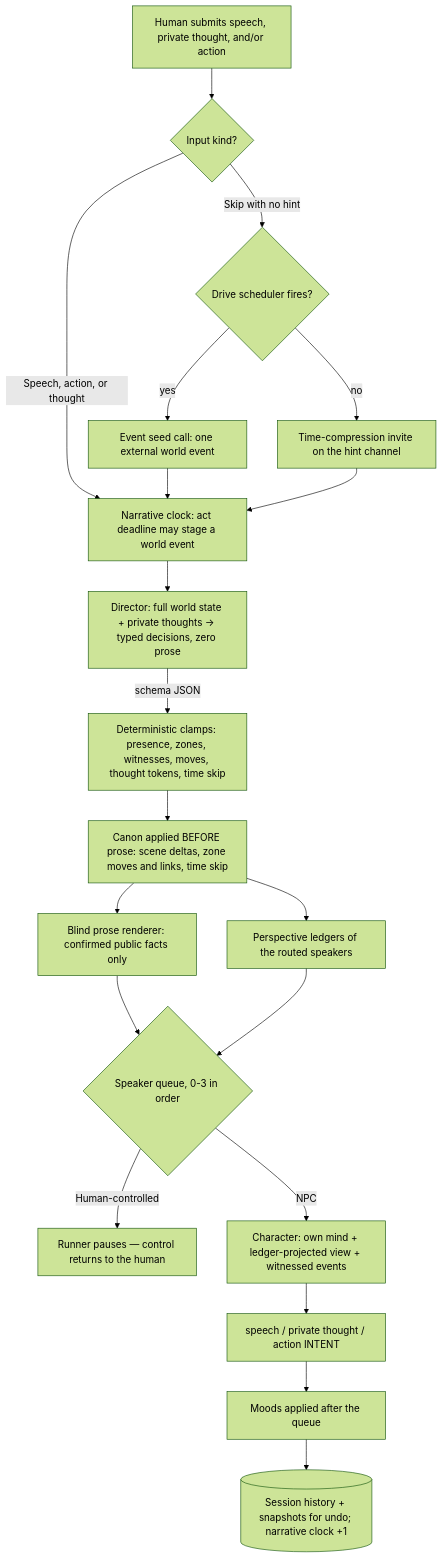
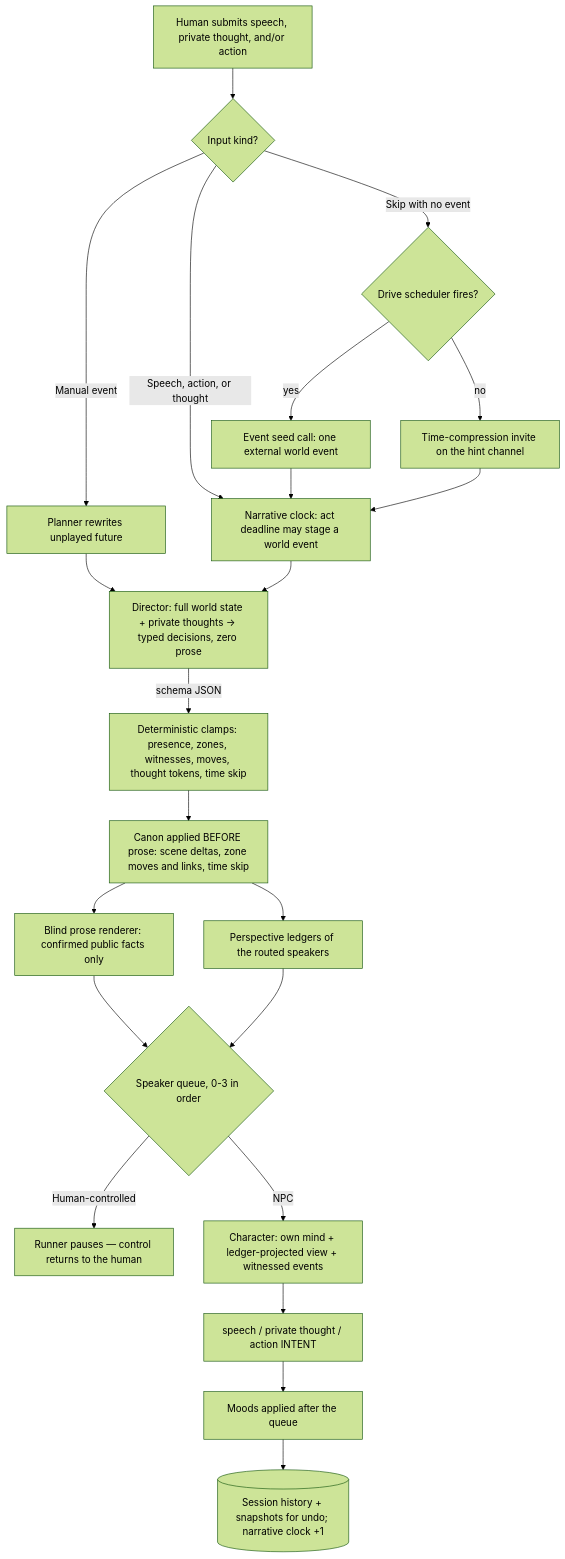
The diagram in README.md (al4xdev/alex-tavern), drawn with Mermaid (forest theme) before and after one commit. The commit also changed other lines of this file and 66 other files, not shown here.

````diff
--- a/README.md
+++ b/README.md
@@ -284,22 +284,24 @@
 ```mermaid
 graph TD
     A[Human submits speech, private thought, and/or action] --> B{Input kind?}
-    B -->|Skip with no hint| DS{Drive scheduler fires?}
+    B -->|Manual event| RP[Planner rewrites unplayed future]
+    RP --> C
+    B -->|Skip with no event| DS{Drive scheduler fires?}
     DS -->|yes| DE[Event seed call: one external world event]
     DS -->|no| TS[Time-compression invite on the hint channel]
     B -->|Speech, action, or thought| CK
     DE --> CK
     TS --> CK
     CK[Narrative clock: act deadline may stage a world event] --> C[Director: full world state + private thoughts -> typed decisions, zero prose]
     C -->|"schema JSON"| V[Deterministic clamps: presence, zones, witnesses, moves, thought tokens, time skip]
     V --> CN[Canon applied BEFORE prose: scene deltas, zone moves and links, time skip]
     CN --> R[Blind prose renderer: confirmed public facts only]
     CN --> L[Perspective ledgers of the routed speakers]
     R --> Q
     L --> Q{Speaker queue, 0-3 in order}
     Q -->|Human-controlled| E[Runner pauses — control returns to the human]
     Q -->|NPC| F[Character: own mind + ledger-projected view + witnessed events]
     F --> G[speech / private thought / action INTENT]
     G --> H[Moods applied after the queue]
     H --> I[(Session history + snapshots for undo; narrative clock +1)]
 ```
````
